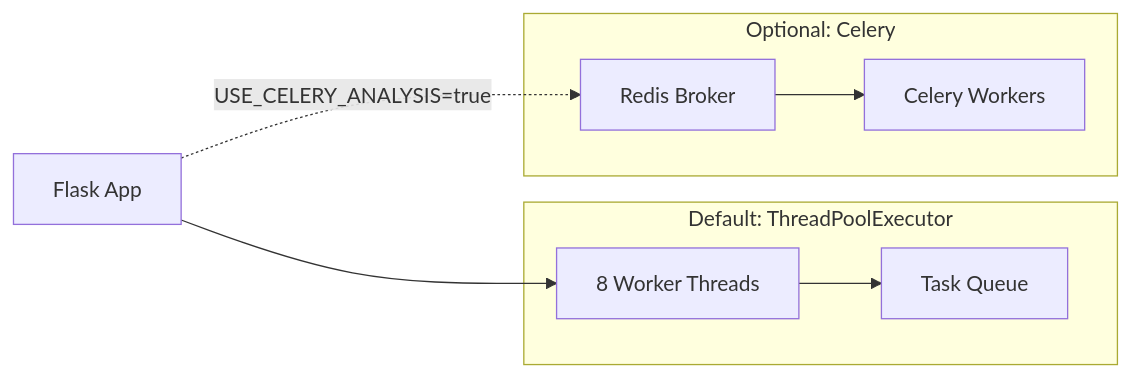
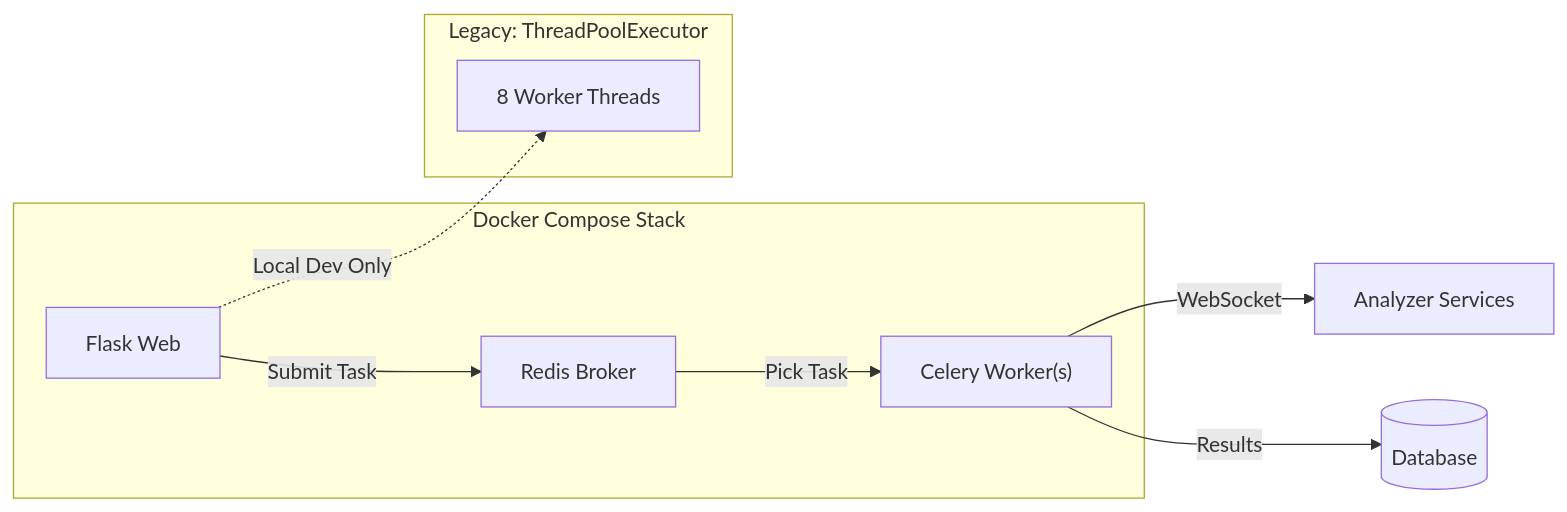
The eighth of 8 diagrams in docs/ARCHITECTURE.md (GrabowMar/ThesisAppRework), drawn with Mermaid before and after one commit. The commit also changed other lines of this file and 13 other files, not shown here.

````diff
--- a/docs/ARCHITECTURE.md
+++ b/docs/ARCHITECTURE.md
@@ -373,17 +381,19 @@
 ```mermaid
 flowchart LR
-    subgraph Executor["Default: ThreadPoolExecutor"]
+    subgraph Docker["Docker Compose Stack"]
+        Flask["Flask Web"]
+        Redis["Redis Broker"]
+        Worker["Celery Worker(s)"]
+    end
+
+    subgraph Legacy["Legacy: ThreadPoolExecutor"]
         Pool["8 Worker Threads"]
-        Queue["Task Queue"]
     end
-    
-    subgraph Optional["Optional: Celery"]
-        Redis["Redis Broker"]
-        Workers["Celery Workers"]
-    end
-    
-    Flask["Flask App"] --> Pool
-    Pool --> Queue
-    Flask -.->|USE_CELERY_ANALYSIS=true| Redis
-    Redis --> Workers
+
+    Flask -->|Submit Task| Redis
+    Redis -->|Pick Task| Worker
+    Worker -->|WebSocket| Analyzers["Analyzer Services"]
+    Worker -->|Results| DB[(Database)]
+
+    Flask -.->|Local Dev Only| Pool
 ```
````
